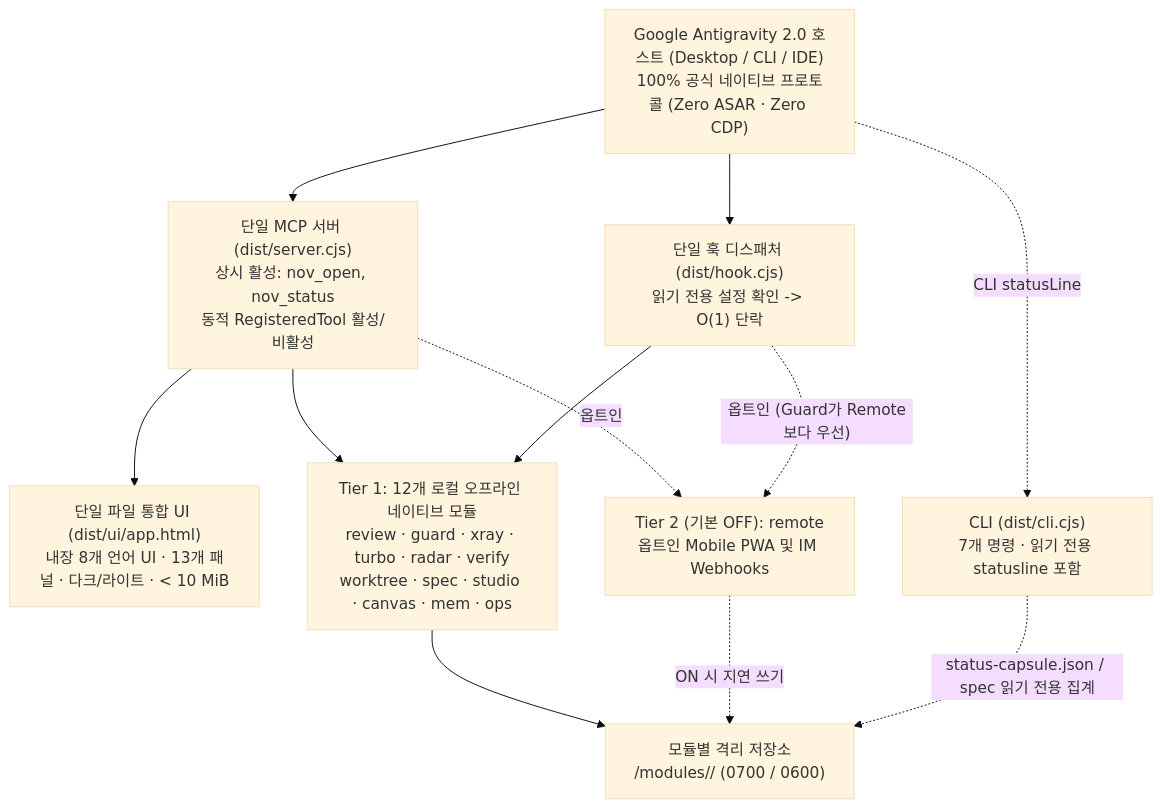
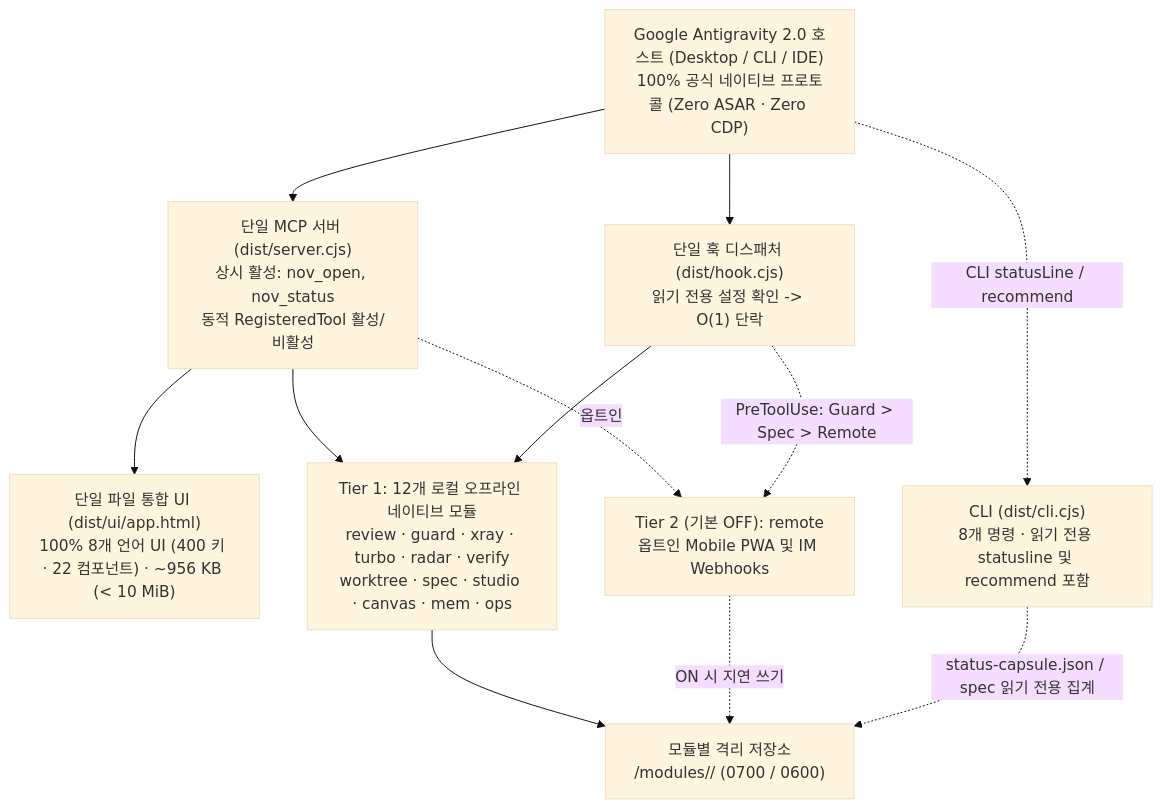
One commit to tone-leh/agy-NOV changed the diagram in docs/i18n/README.ko.md. Above: the diagram before and after it, drawn with Mermaid (base theme). The commit also changed other lines of this file and 74 other files, not shown here.

````diff
--- a/docs/i18n/README.ko.md
+++ b/docs/i18n/README.ko.md
@@ -196,23 +221,23 @@
 ```mermaid
 flowchart TB
   Host["Google Antigravity 2.0 호스트 (Desktop / CLI / IDE)\n100% 공식 네이티브 프로토콜 (Zero ASAR · Zero CDP)"]
   MCP["단일 MCP 서버 (dist/server.cjs)\n상시 활성: nov_open, nov_status\n동적 RegisteredTool 활성/비활성"]
-  UI["단일 파일 통합 UI (dist/ui/app.html)\n내장 8개 언어 UI · 13개 패널 · 다크/라이트 · < 10 MiB"]
+  UI["단일 파일 통합 UI (dist/ui/app.html)\n100% 8개 언어 UI (400 키 · 22 컴포넌트) · ~956 KB (< 10 MiB)"]
   Hook["단일 훅 디스패처 (dist/hook.cjs)\n읽기 전용 설정 확인 -> O(1) 단락"]
-  CLI["CLI (dist/cli.cjs)\n7개 명령 · 읽기 전용 statusline 포함"]
+  CLI["CLI (dist/cli.cjs)\n8개 명령 · 읽기 전용 statusline 및 recommend 포함"]
   Store["모듈별 격리 저장소\n<dataDir>/modules/<id>/ (0700 / 0600)"]
   T1["Tier 1: 12개 로컬 오프라인 네이티브 모듈\nreview · guard · xray · turbo · radar · verify\nworktree · spec · studio · canvas · mem · ops"]
   T2R["Tier 2 (기본 OFF): remote\n옵트인 Mobile PWA 및 IM Webhooks"]
 
   Host --> MCP
   Host --> Hook
-  Host -. "CLI statusLine" .-> CLI
+  Host -. "CLI statusLine / recommend" .-> CLI
   MCP --> UI
   MCP --> T1
   MCP -. "옵트인" .-> T2R
   Hook --> T1
-  Hook -. "옵트인 (Guard가 Remote보다 우선)" .-> T2R
+  Hook -. "PreToolUse: Guard > Spec > Remote" .-> T2R
   T1 --> Store
   T2R -. "ON 시 지연 쓰기" .-> Store
   CLI -. "status-capsule.json / spec 읽기 전용 집계" .-> Store
 ```
````
